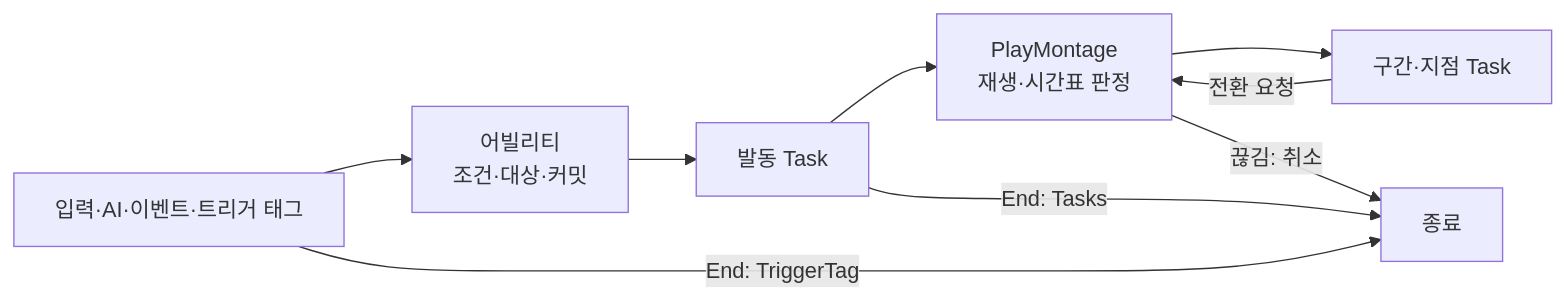
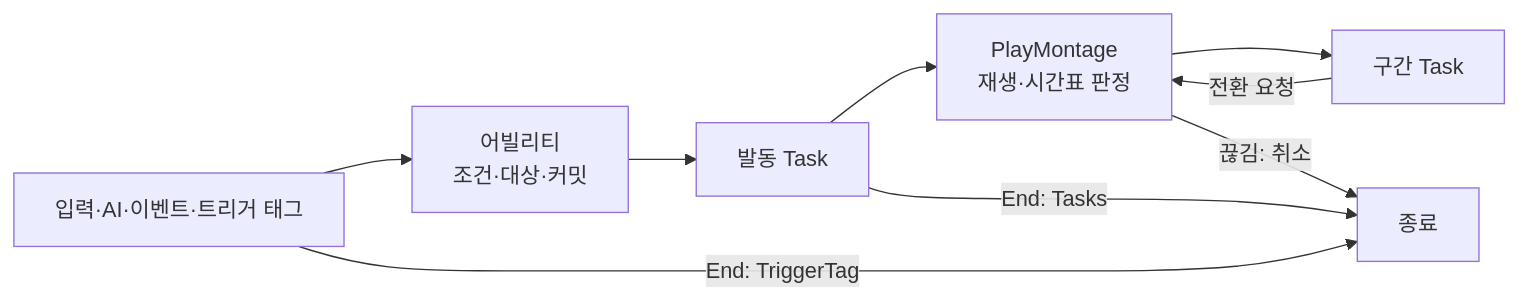
Before and after one commit to Woogl/Ag: the diagram in Docs/Program/어빌리티와 AbilityTask.md, drawn with Mermaid. The commit also changed other lines of this file and 44 other files, not shown here.

````diff
--- a/Docs/Program/어빌리티와 AbilityTask.md
+++ b/Docs/Program/어빌리티와 AbilityTask.md
@@ -31,11 +31,11 @@
 ```mermaid
 flowchart LR
     I["입력·AI·이벤트·트리거 태그"] --> R["어빌리티<br>조건·대상·커밋"]
     R --> A["발동 Task"]
     A --> P["PlayMontage<br>재생·시간표 판정"]
-    P --> W["구간·지점 Task"]
+    P --> W["구간 Task"]
     W -->|"전환 요청"| P
     P -->|"끊김: 취소"| E["종료"]
     A -->|"End: Tasks"| E
     I -->|"End: TriggerTag"| E
 ```
````
